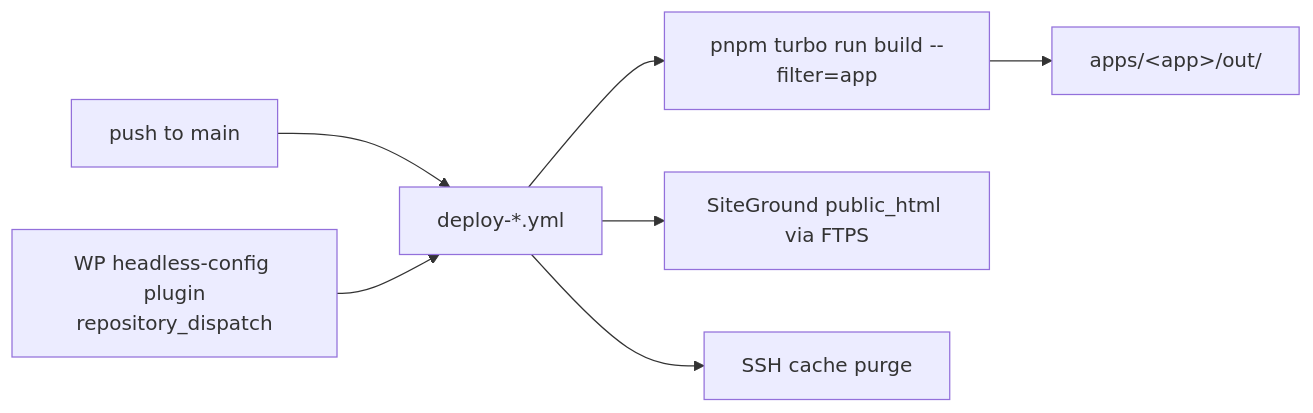
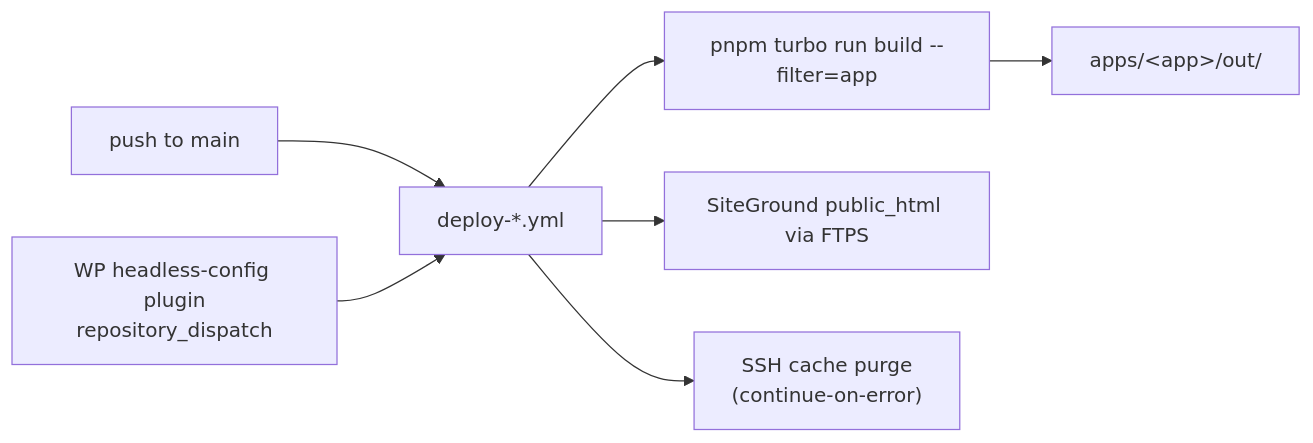
The diagram in docs/codebase/.github/workflows/README.md (huuaho/umg-headless), drawn with Mermaid before and after one commit. The commit also changed other lines of this file and 21 other files, not shown here.

````diff
--- a/docs/codebase/.github/workflows/README.md
+++ b/docs/codebase/.github/workflows/README.md
@@ -13,9 +13,9 @@
 ```mermaid
 graph LR
   push[push to main] --> wf[deploy-*.yml]
   wpPlugin[WP headless-config plugin<br/>repository_dispatch] --> wf
   wf --> build[pnpm turbo run build --filter=app]
   build --> apps[apps/&lt;app&gt;/out/]
   wf --> sg[SiteGround public_html via FTPS]
-  wf --> purge[SSH cache purge]
+  wf --> purge["SSH cache purge<br/>(continue-on-error)"]
 ```
````
